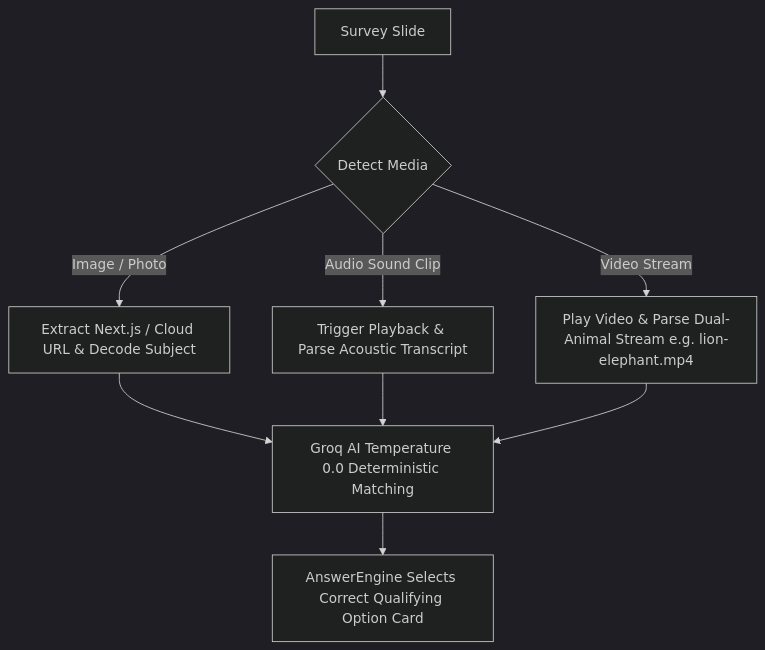
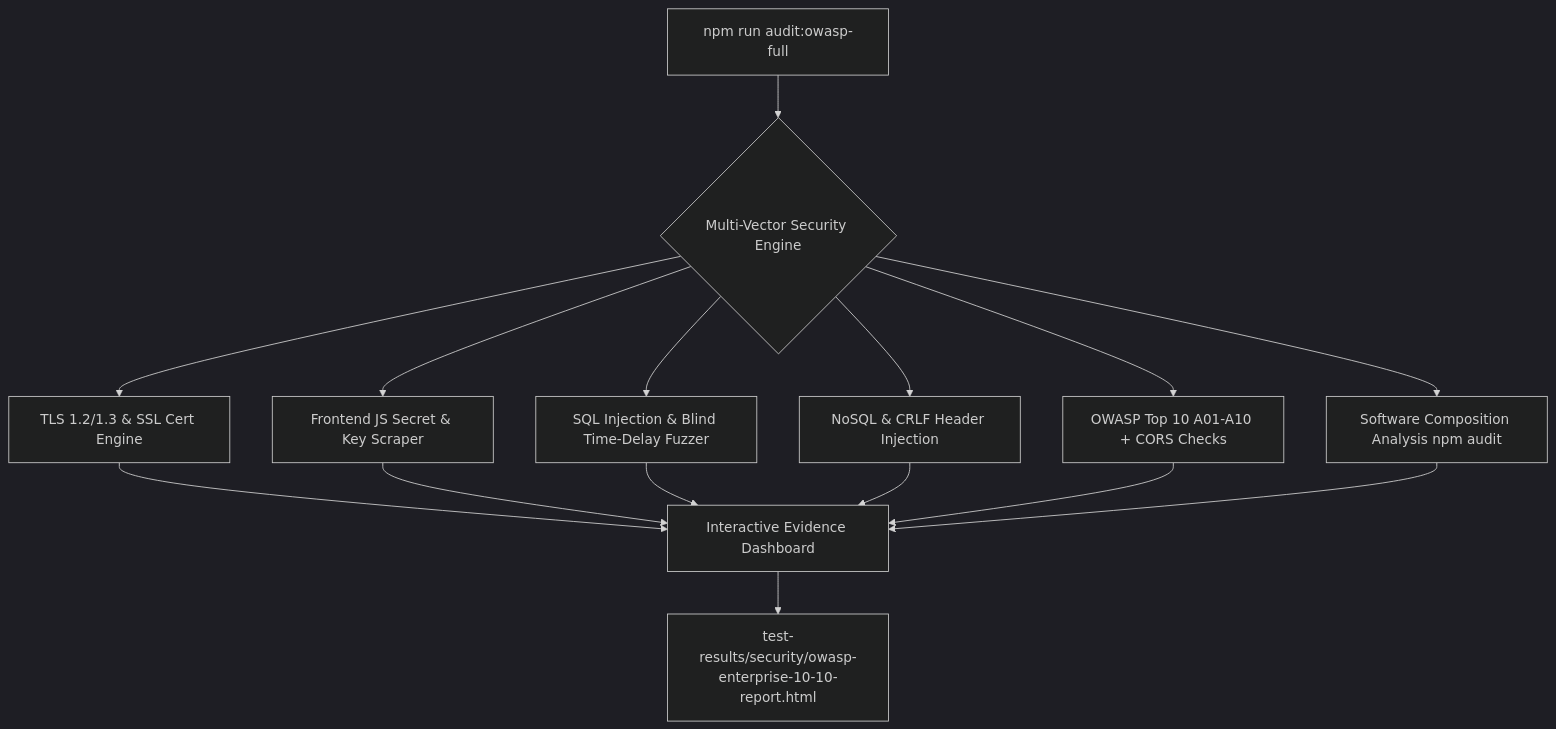
The second of 2 diagrams in README.md (Karthik751170/playwright-js-project), drawn with Mermaid (dark theme) before and after one commit. The commit also changed other lines of this file, not shown here.

Commit message:
docs: preserve all original AI automation details and integrate complete enterprise security suite

````diff
--- a/README.md
+++ b/README.md
@@ -102,10 +154,13 @@
 ```mermaid
 flowchart TD
-    A[Survey Slide] --> B{Detect Media}
-    B -->|Image / Photo| C[Extract Next.js / Cloud URL & Decode Subject]
-    B -->|Audio Sound Clip| D[Trigger Playback & Parse Acoustic Transcript]
-    B -->|Video Stream| E[Play Video & Parse Dual-Animal Stream e.g. lion-elephant.mp4]
+    A[npm run audit:owasp-full] --> B{Multi-Vector Security Engine}
+    B --> C[TLS 1.2/1.3 & SSL Cert Engine]
+    B --> D[Frontend JS Secret & Key Scraper]
+    B --> E[SQL Injection & Blind Time-Delay Fuzzer]
+    B --> F[NoSQL & CRLF Header Injection]
+    B --> G[OWASP Top 10 A01-A10 + CORS Checks]
+    B --> H[Software Composition Analysis npm audit]
     
-    C & D & E --> F[Groq AI Temperature 0.0 Deterministic Matching]
-    F --> G[AnswerEngine Selects Correct Qualifying Option Card]
+    C & D & E & F & G & H --> I[Interactive Evidence Dashboard]
+    I --> J[test-results/security/owasp-enterprise-10-10-report.html]
 ```
````
